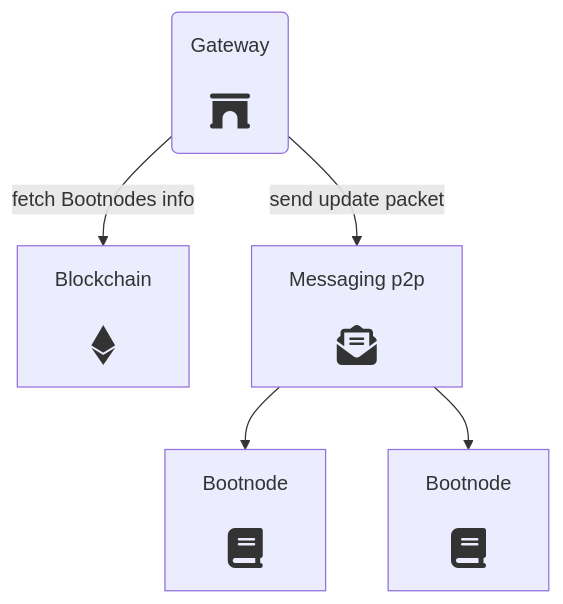
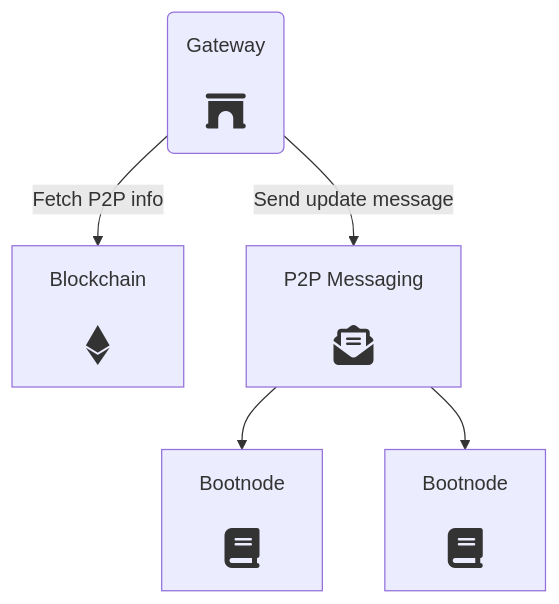
The diagram in docs/architecture/components/gateway.md (vocdoni/docs), drawn with Mermaid before and after one commit. The commit also changed other lines of this file and 3 other files, not shown here.

````diff
--- a/docs/architecture/components/gateway.md
+++ b/docs/architecture/components/gateway.md
@@ -21,12 +17,12 @@
 ```mermaid
 graph TD
 GW1(<center>Gateway<br/><br/><i class='fa fa-2x fa-archway'/></center>)
 BC[<center>Blockchain<br/><br/><i class='fab fa-2x fa-ethereum'/></center>]
-MS[<center>Messaging p2p<br/><br/><i class='fa fa-2x fa-envelope-open-text'/></center>]
+MS[<center>P2P Messaging<br/><br/><i class='fa fa-2x fa-envelope-open-text'/></center>]
 BO1[<center>Bootnode<br/><br/><i class='fa fa-2x fa-book'/></center>]
 BO2[<center>Bootnode<br/><br/><i class='fa fa-2x fa-book'/></center>]
-GW1-->|fetch Bootnodes info|BC
-GW1-->|send update packet|MS
+GW1-->|Fetch P2P info|BC
+GW1-->|Send update message|MS
 MS-->BO1
 MS-->BO2
 ```
````
